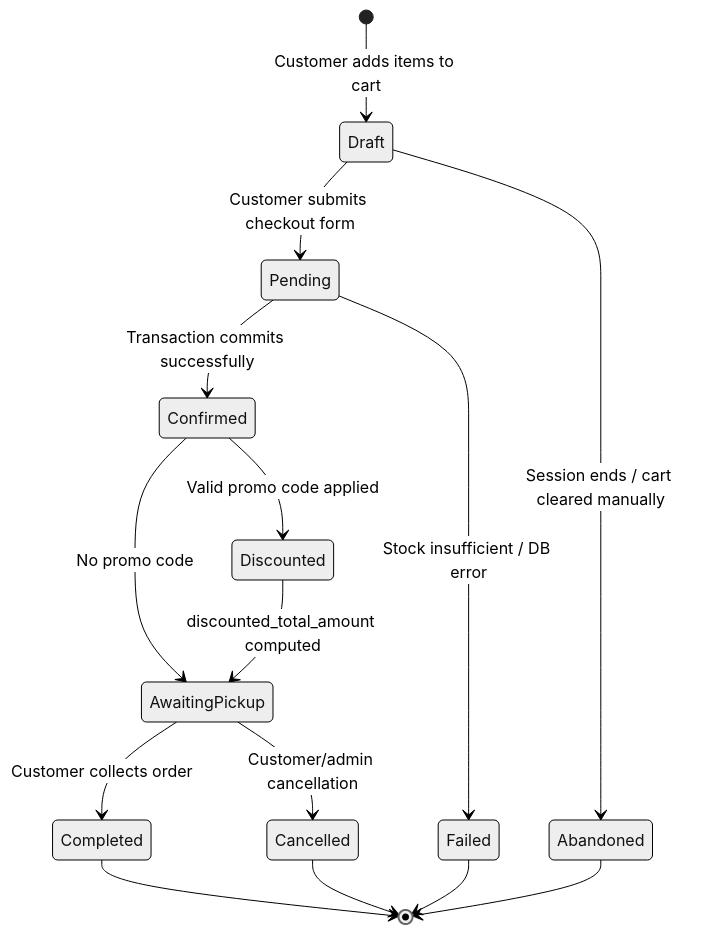
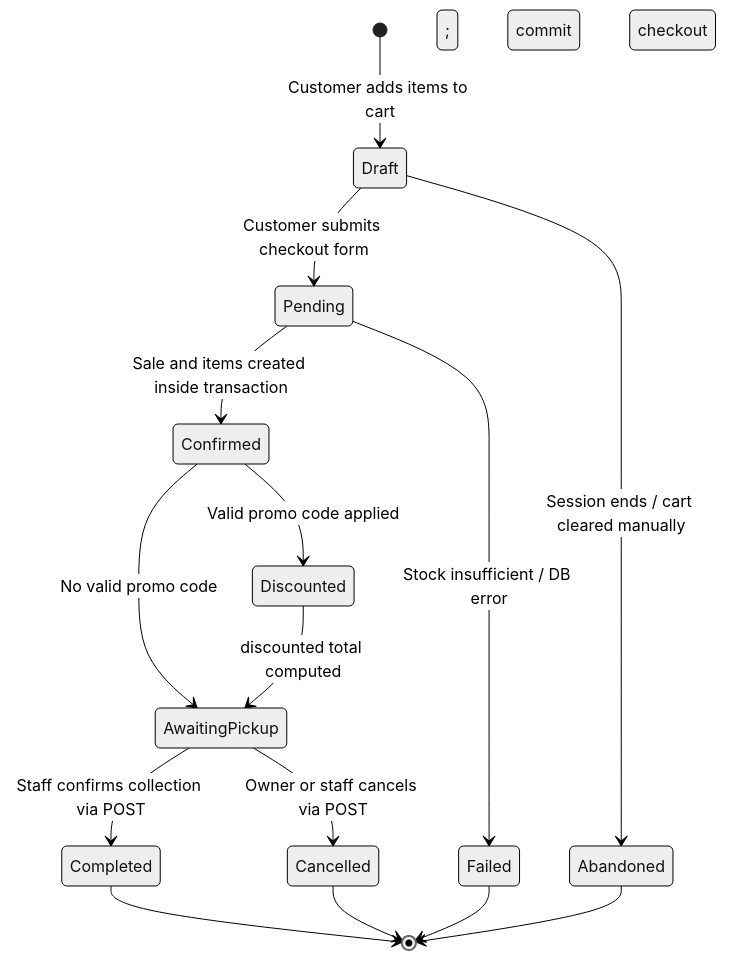
The second of 2 diagrams in DOCS.md (KATTSS/Autosalon_shop), drawn with Mermaid (neutral theme) before and after one commit. The commit also changed other lines of this file and 43 other files, not shown here.

````diff
--- a/DOCS.md
+++ b/DOCS.md
@@ -595,23 +503,23 @@
 ```mermaid
 stateDiagram-v2
     [*] --> Draft : Customer adds items to cart
 
     Draft --> Pending : Customer submits checkout form
     Draft --> Abandoned : Session ends / cart cleared manually
 
-    Pending --> Confirmed : Transaction commits successfully
+    Pending --> Confirmed : Sale and items created inside transaction
     Pending --> Failed : Stock insufficient / DB error
 
     Confirmed --> Discounted : Valid promo code applied
-    Confirmed --> AwaitingPickup : No promo code
+    Confirmed --> AwaitingPickup : No valid promo code; commit checkout
 
-    Discounted --> AwaitingPickup : discounted_total_amount computed
+    Discounted --> AwaitingPickup : discounted total computed; commit checkout
 
-    AwaitingPickup --> Completed : Customer collects order
-    AwaitingPickup --> Cancelled : Customer/admin cancellation
+    AwaitingPickup --> Completed : Staff confirms collection via POST
+    AwaitingPickup --> Cancelled : Owner or staff cancels via POST
 
     Completed --> [*]
     Cancelled --> [*]
     Failed --> [*]
     Abandoned --> [*]
 ```
````
